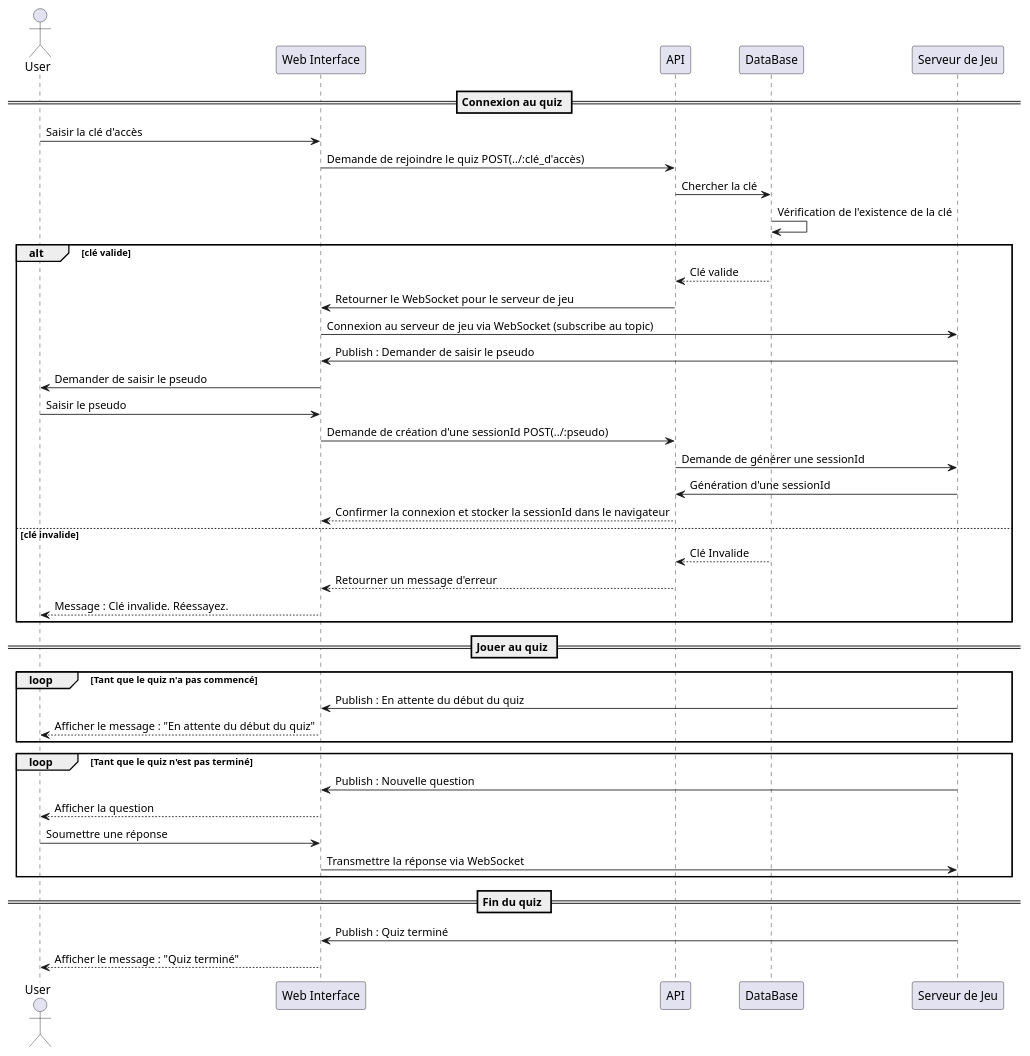
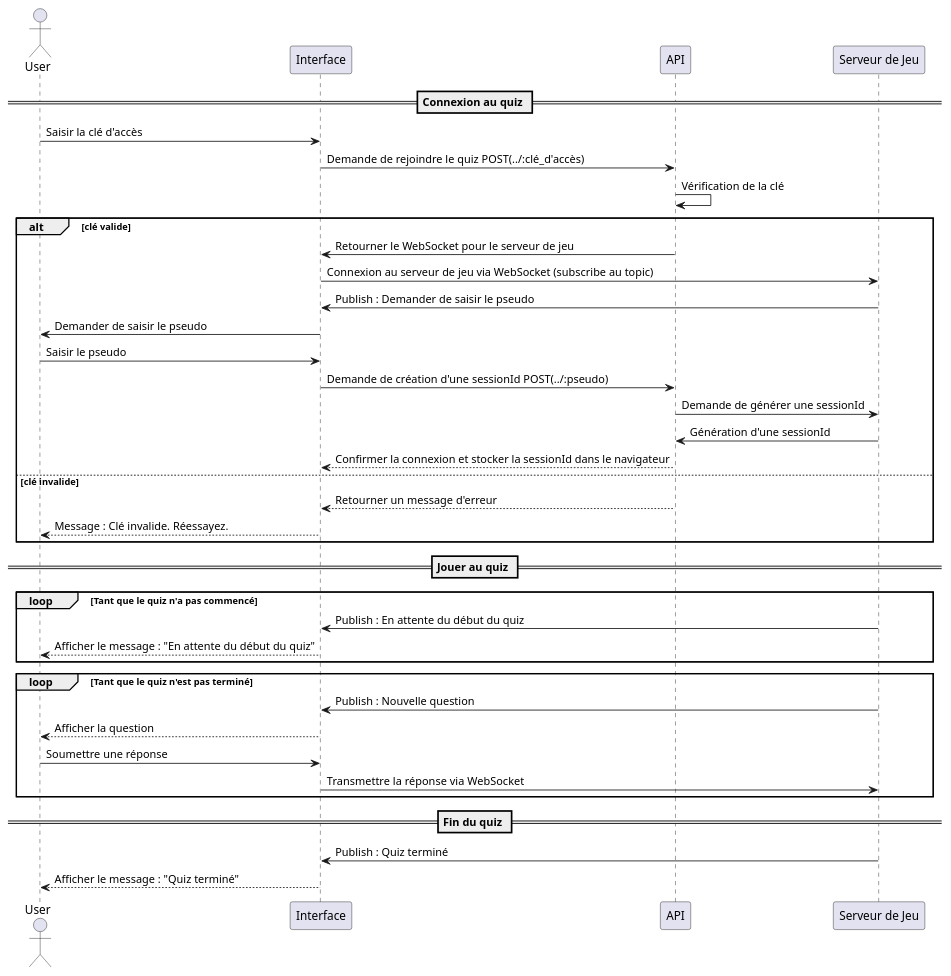
Before and after one commit to Qwizs/diagrammes: the diagram in Séquences/quiz_jouer/quiz_jouer.puml, drawn with PlantUML. The commit also changed 2 other files, not shown here.

```diff
--- a/Séquences/quiz_jouer/quiz_jouer.puml
+++ b/Séquences/quiz_jouer/quiz_jouer.puml
@@ -1,47 +1,43 @@
 @startuml
 actor User as U
-participant "Web Interface" as WebInterface
+participant "Interface" as WebInterface
 participant "API" as API
-participant "DataBase" as DB
 participant "Serveur de Jeu" as ServeurDeJeu
 == Connexion au quiz ==
 U -> WebInterface : Saisir la clé d'accès
 WebInterface -> API : Demande de rejoindre le quiz POST(../:clé_d'accès)
-API -> DB : Chercher la clé
-DB -> DB : Vérification de l'existence de la clé
+API -> API : Vérification de la clé
 
 alt clé valide
-  DB --> API : Clé valide
-    API -> WebInterface : Retourner le WebSocket pour le serveur de jeu
+  API -> WebInterface : Retourner le WebSocket pour le serveur de jeu
   WebInterface -> ServeurDeJeu : Connexion au serveur de jeu via WebSocket (subscribe au topic)
 
   ServeurDeJeu -> WebInterface :  Publish : Demander de saisir le pseudo 
     WebInterface -> U : Demander de saisir le pseudo
     U -> WebInterface : Saisir le pseudo
 
     WebInterface -> API : Demande de création d'une sessionId POST(../:pseudo)
     API -> ServeurDeJeu : Demande de générer une sessionId
     ServeurDeJeu -> API : Génération d'une sessionId
 
   API --> WebInterface : Confirmer la connexion et stocker la sessionId dans le navigateur
 else clé invalide
-    DB --> API : Clé Invalide
     API --> WebInterface : Retourner un message d'erreur
     WebInterface --> U : Message : Clé invalide. Réessayez.
 end
 == Jouer au quiz ==
 loop Tant que le quiz n'a pas commencé
   ServeurDeJeu -> WebInterface : Publish : En attente du début du quiz
   WebInterface --> U : Afficher le message : "En attente du début du quiz"
 end
 
 loop Tant que le quiz n'est pas terminé
     ServeurDeJeu -> WebInterface : Publish : Nouvelle question
   WebInterface --> U : Afficher la question
   U -> WebInterface : Soumettre une réponse
   WebInterface -> ServeurDeJeu : Transmettre la réponse via WebSocket
 end
 == Fin du quiz ==
 ServeurDeJeu -> WebInterface : Publish : Quiz terminé
 WebInterface --> U : Afficher le message : "Quiz terminé"
 @enduml
```
